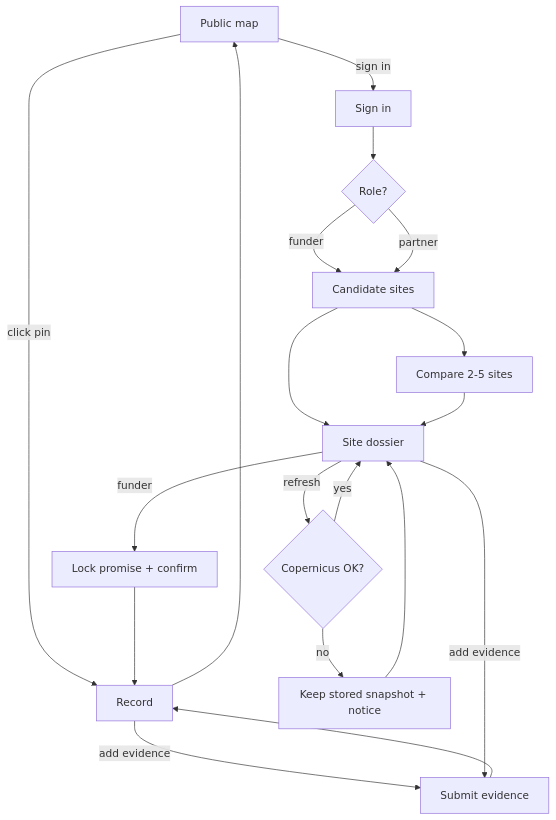
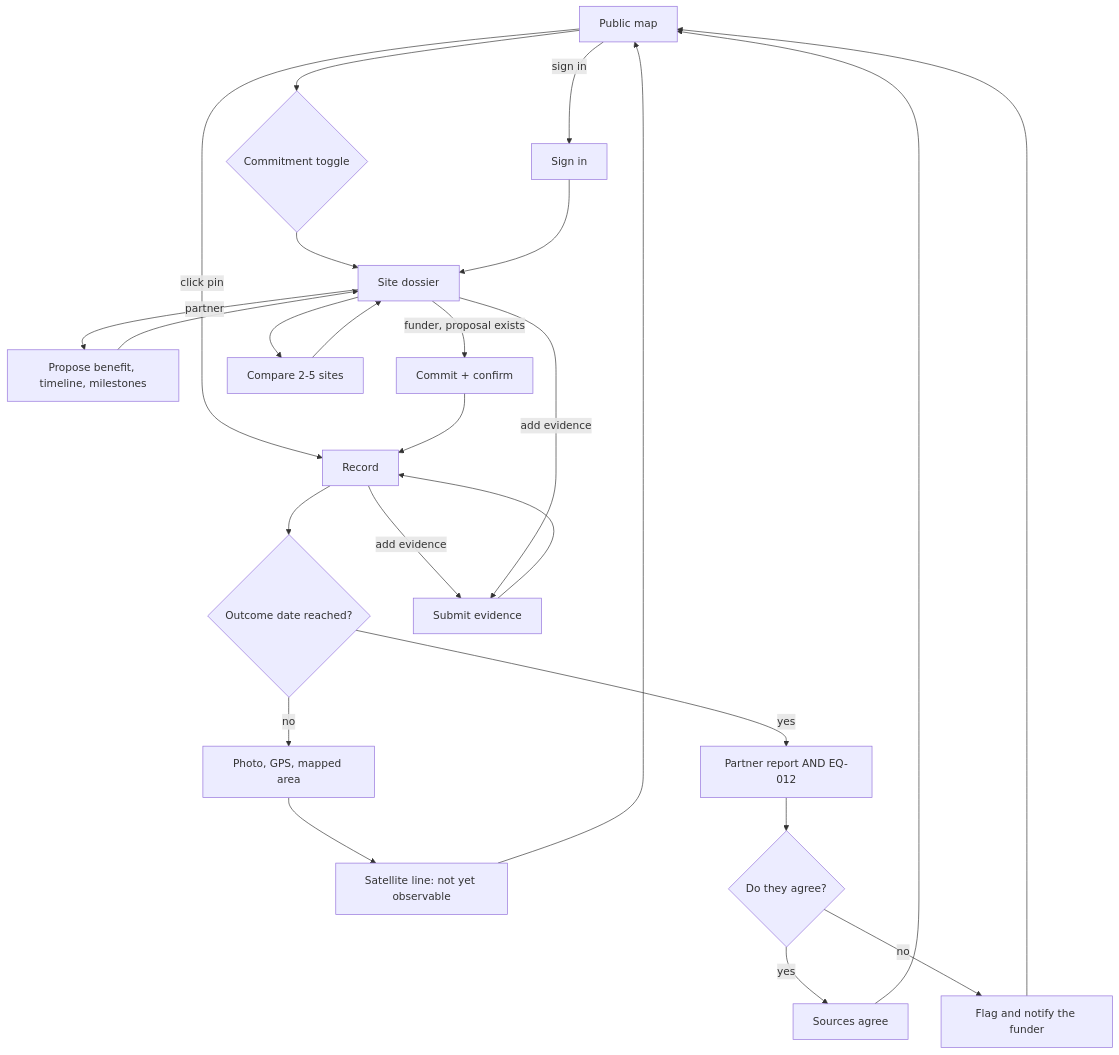
The diagram in docs/prd.md (DavidBatoDev/mangrove), drawn with Mermaid before and after one commit. The commit also changed other lines of this file and 14 other files, not shown here.

First line of the commit message:
docs: record the partner proposal pivot

````diff
--- a/docs/prd.md
+++ b/docs/prd.md
@@ -227,20 +251,27 @@
 ```mermaid
 flowchart TD
-    Map[Public map] -->|click pin| Rec[Record]
+    Map[Public map] --> Toggle{Commitment toggle}
+    Toggle --> Dossier[Site dossier]
+    Map -->|click pin| Rec[Record]
     Map -->|sign in| SignIn[Sign in]
-    SignIn --> Role{Role?}
-    Role -->|funder| Sites[Candidate sites]
-    Role -->|partner| Sites
-    Sites --> Dossier[Site dossier]
-    Dossier -->|refresh| S2{Copernicus OK?}
-    S2 -->|no| Snap[Keep stored snapshot + notice] --> Dossier
-    S2 -->|yes| Dossier
-    Sites --> Compare[Compare 2-5 sites]
+    SignIn --> Dossier
+    Dossier -->|partner| Propose[Propose benefit, timeline, milestones]
+    Propose --> Dossier
+    Dossier -->|funder, proposal exists| Commit[Commit + confirm]
+    Commit --> Rec
+    Rec --> Mile{Outcome date reached?}
+    Mile -->|no| Early[Photo, GPS, mapped area]
+    Early --> Sat[Satellite line: not yet observable]
+    Sat --> Map
+    Mile -->|yes| Both[Partner report AND EQ-012]
+    Both --> Agree{Do they agree?}
+    Agree -->|yes| Shown[Sources agree]
+    Agree -->|no| Flag[Flag and notify the funder]
+    Flag --> Map
+    Shown --> Map
+    Dossier --> Compare[Compare 2-5 sites]
     Compare --> Dossier
-    Dossier -->|funder| Lock[Lock promise + confirm]
-    Lock --> Rec
     Rec -->|add evidence| Submit[Submit evidence]
     Dossier -->|add evidence| Submit
     Submit --> Rec
-    Rec --> Map
 ```
````
